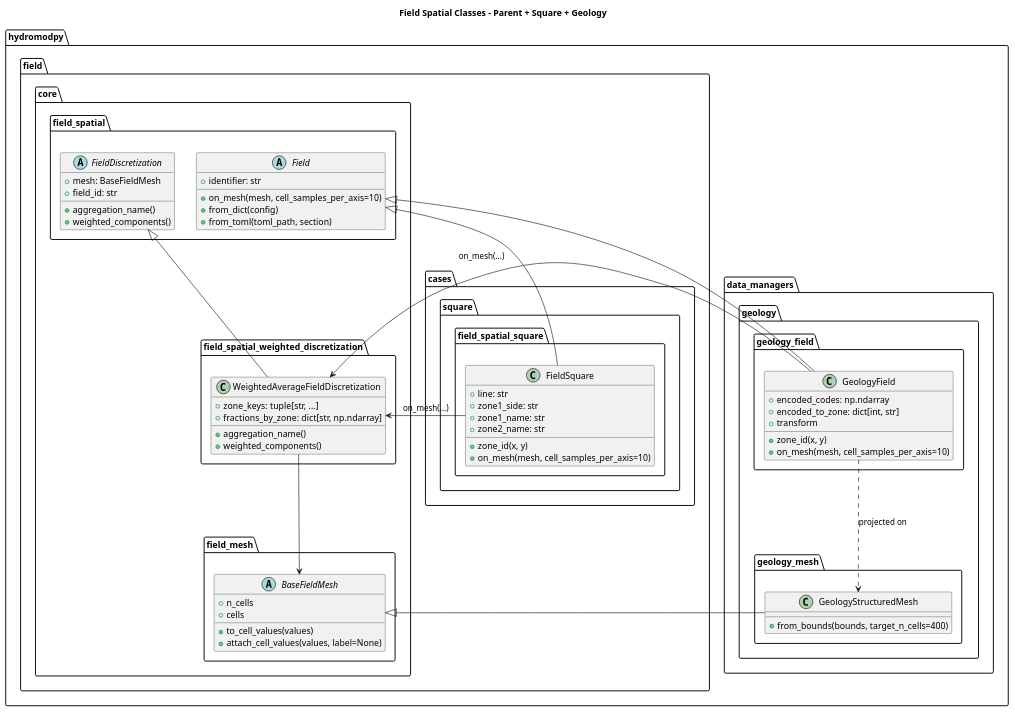
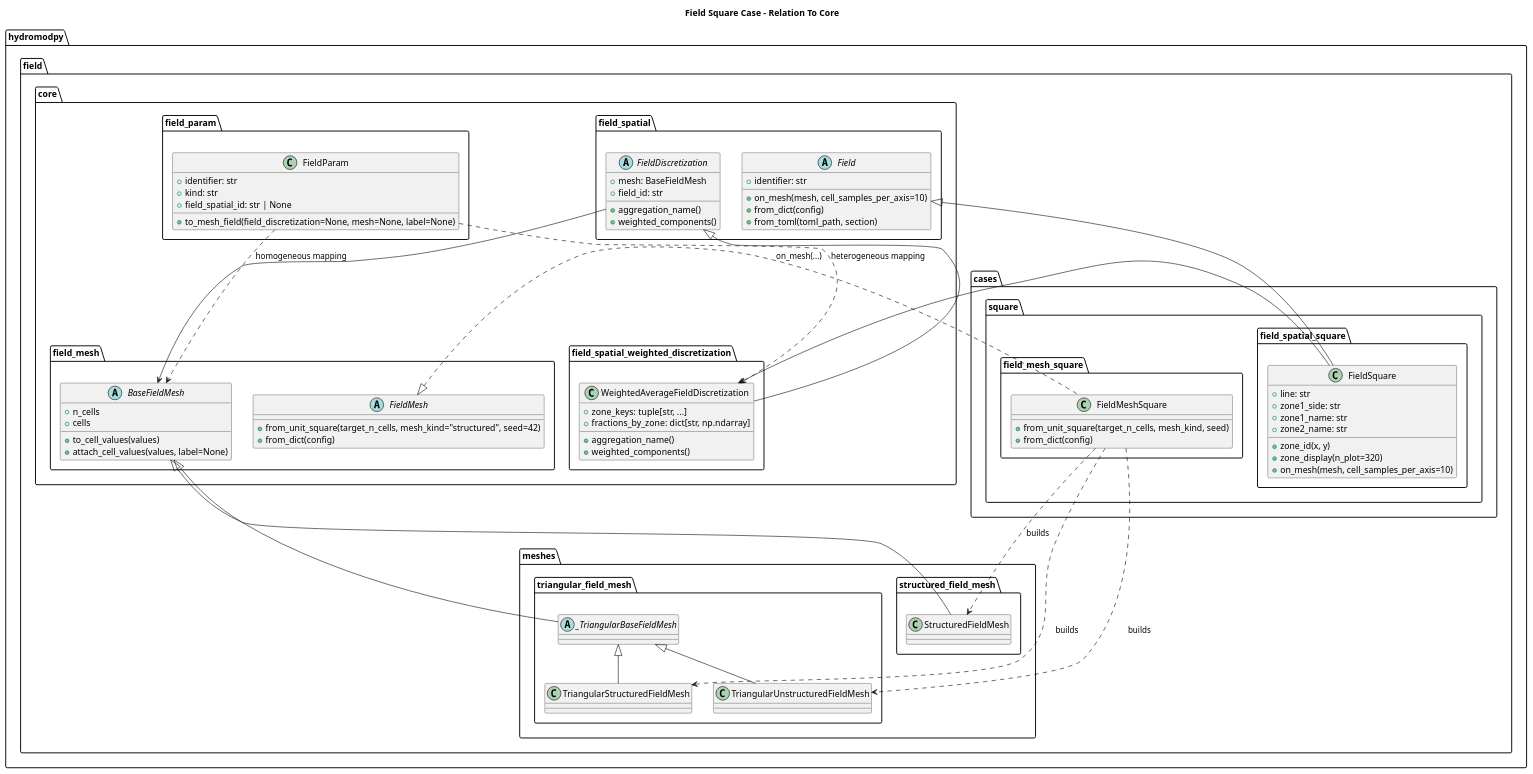
The diagram in docs/readthedocs/source/architecture/field/diagrams/field_spatial_cases_classes.wsd (HydroModPy/HydroModPy), drawn with PlantUML before and after one commit. The commit also changed 88 other files, not shown here.

Commit message:
Add gmsh mesh workflows and mesh architecture docs

```diff
--- a/docs/readthedocs/source/architecture/field/diagrams/field_spatial_cases_classes.wsd
+++ b/docs/readthedocs/source/architecture/field/diagrams/field_spatial_cases_classes.wsd
@@ -1,77 +1,100 @@
 @startuml
-title Field Spatial Classes - Parent + Square + Geology
+title Field Square Case - Relation To Core
+
+package "hydromodpy.field.core.field_mesh" {
+  abstract class BaseFieldMesh {
+    +n_cells
+    +cells
+    +to_cell_values(values)
+    +attach_cell_values(values, label=None)
+  }
+
+  abstract class FieldMesh {
+    +from_unit_square(target_n_cells, mesh_kind="structured", seed=42)
+    +from_dict(config)
+  }
+}
 
 package "hydromodpy.field.core.field_spatial" {
   abstract class Field {
     +identifier: str
     +on_mesh(mesh, cell_samples_per_axis=10)
     +from_dict(config)
     +from_toml(toml_path, section)
   }
 
   abstract class FieldDiscretization {
     +mesh: BaseFieldMesh
     +field_id: str
     +aggregation_name()
     +weighted_components()
   }
 }
 
 package "hydromodpy.field.core.field_spatial_weighted_discretization" {
   class WeightedAverageFieldDiscretization {
     +zone_keys: tuple[str, ...]
     +fractions_by_zone: dict[str, np.ndarray]
     +aggregation_name()
     +weighted_components()
   }
 }
 
-package "hydromodpy.field.core.field_mesh" {
-  abstract class BaseFieldMesh {
-    +n_cells
-    +cells
-    +to_cell_values(values)
-    +attach_cell_values(values, label=None)
+package "hydromodpy.field.core.field_param" {
+  class FieldParam {
+    +identifier: str
+    +kind: str
+    +field_spatial_id: str | None
+    +to_mesh_field(field_discretization=None, mesh=None, label=None)
   }
 }
 
 package "hydromodpy.field.cases.square.field_spatial_square" {
   class FieldSquare {
     +line: str
     +zone1_side: str
     +zone1_name: str
     +zone2_name: str
     +zone_id(x, y)
+    +zone_display(n_plot=320)
     +on_mesh(mesh, cell_samples_per_axis=10)
   }
 }
 
-package "hydromodpy.data_managers.geology.geology_field" {
-  class GeologyField {
-    +encoded_codes: np.ndarray
-    +encoded_to_zone: dict[int, str]
-    +transform
-    +zone_id(x, y)
-    +on_mesh(mesh, cell_samples_per_axis=10)
+package "hydromodpy.field.cases.square.field_mesh_square" {
+  class FieldMeshSquare {
+    +from_unit_square(target_n_cells, mesh_kind, seed)
+    +from_dict(config)
   }
 }
 
-package "hydromodpy.data_managers.geology.geology_mesh" {
-  class GeologyStructuredMesh {
-    +from_bounds(bounds, target_n_cells=400)
-  }
+package "hydromodpy.field.meshes.structured_field_mesh" {
+  class StructuredFieldMesh
+}
+
+package "hydromodpy.field.meshes.triangular_field_mesh" {
+  abstract class _TriangularBaseFieldMesh
+  class TriangularStructuredFieldMesh
+  class TriangularUnstructuredFieldMesh
 }
 
 Field <|-- FieldSquare
-Field <|-- GeologyField
-
 FieldDiscretization <|-- WeightedAverageFieldDiscretization
-WeightedAverageFieldDiscretization --> BaseFieldMesh
+FieldDiscretization --> BaseFieldMesh
 
 FieldSquare --> WeightedAverageFieldDiscretization : on_mesh(...)
-GeologyField --> WeightedAverageFieldDiscretization : on_mesh(...)
 
-BaseFieldMesh <|-- GeologyStructuredMesh
-GeologyField ..> GeologyStructuredMesh : projected on
+FieldMesh <|.. FieldMeshSquare
+BaseFieldMesh <|-- StructuredFieldMesh
+BaseFieldMesh <|-- _TriangularBaseFieldMesh
+_TriangularBaseFieldMesh <|-- TriangularStructuredFieldMesh
+_TriangularBaseFieldMesh <|-- TriangularUnstructuredFieldMesh
+
+FieldMeshSquare ..> StructuredFieldMesh : builds
+FieldMeshSquare ..> TriangularStructuredFieldMesh : builds
+FieldMeshSquare ..> TriangularUnstructuredFieldMesh : builds
+
+FieldParam ..> BaseFieldMesh : homogeneous mapping
+FieldParam ..> WeightedAverageFieldDiscretization : heterogeneous mapping
 
 @enduml
```
